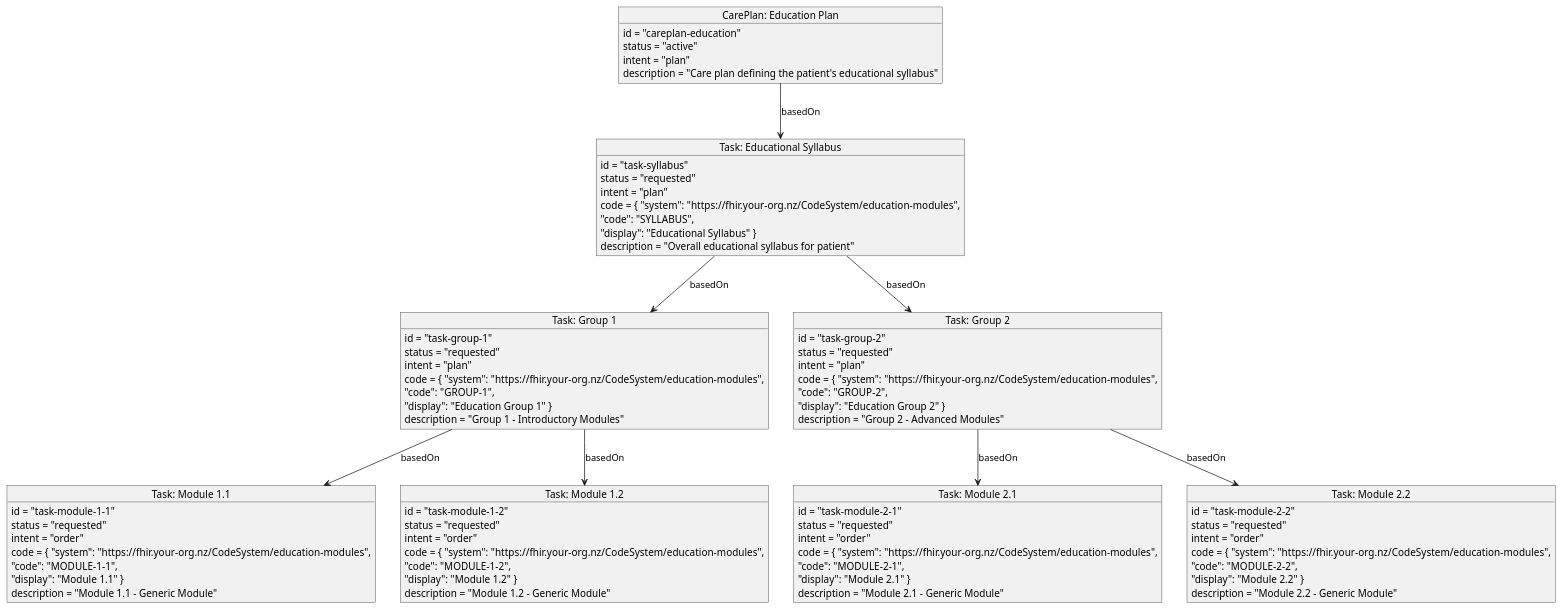
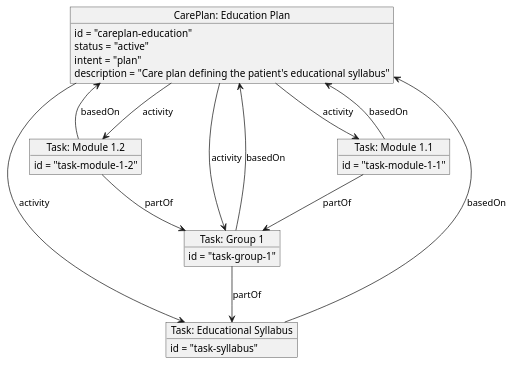
Before and after one commit to tewhatuora/cinc-fhir-ig: the diagram in input/images-source/rpm-task-relations.plantuml, drawn with PlantUML. The commit also changed 18 other files, not shown here.

Commit message:
Codes, Example, diagrams

```diff
--- a/input/images-source/rpm-task-relations.plantuml
+++ b/input/images-source/rpm-task-relations.plantuml
@@ -1,97 +1,49 @@
 @startuml
+' Top-down layout
+top to bottom direction
 
 ' Define the CarePlan
 object "CarePlan: Education Plan" as CarePlan {
   id = "careplan-education"
   status = "active"
   intent = "plan"
   description = "Care plan defining the patient's educational syllabus"
 }
 
 ' Central syllabus task
 object "Task: Educational Syllabus" as Syllabus {
   id = "task-syllabus"
-  status = "requested"
-  intent = "plan"
-  code = { "system": "https://fhir.your-org.nz/CodeSystem/education-modules",
-           "code": "SYLLABUS",
-           "display": "Educational Syllabus" }
-  description = "Overall educational syllabus for patient"
 }
 
-' Group tasks
+' Single group task
 object "Task: Group 1" as Group1 {
   id = "task-group-1"
-  status = "requested"
-  intent = "plan"
-  code = { "system": "https://fhir.your-org.nz/CodeSystem/education-modules",
-           "code": "GROUP-1",
-           "display": "Education Group 1" }
-  description = "Group 1 - Introductory Modules"
 }
 
-object "Task: Group 2" as Group2 {
-  id = "task-group-2"
-  status = "requested"
-  intent = "plan"
-  code = { "system": "https://fhir.your-org.nz/CodeSystem/education-modules",
-           "code": "GROUP-2",
-           "display": "Education Group 2" }
-  description = "Group 2 - Advanced Modules"
-}
-
-' Module tasks under Group 1
+' Modules under Group 1
 object "Task: Module 1.1" as Module11 {
   id = "task-module-1-1"
-  status = "requested"
-  intent = "order"
-  code = { "system": "https://fhir.your-org.nz/CodeSystem/education-modules",
-           "code": "MODULE-1-1",
-           "display": "Module 1.1" }
-  description = "Module 1.1 - Generic Module"
 }
 
 object "Task: Module 1.2" as Module12 {
   id = "task-module-1-2"
-  status = "requested"
-  intent = "order"
-  code = { "system": "https://fhir.your-org.nz/CodeSystem/education-modules",
-           "code": "MODULE-1-2",
-           "display": "Module 1.2" }
-  description = "Module 1.2 - Generic Module"
 }
 
-' Module tasks under Group 2
-object "Task: Module 2.1" as Module21 {
-  id = "task-module-2-1"
-  status = "requested"
-  intent = "order"
-  code = { "system": "https://fhir.your-org.nz/CodeSystem/education-modules",
-           "code": "MODULE-2-1",
-           "display": "Module 2.1" }
-  description = "Module 2.1 - Generic Module"
-}
+' CarePlan.activity pointers to all tasks
+CarePlan --> Syllabus : "activity"
+CarePlan --> Group1 : "activity"
+CarePlan --> Module11 : "activity"
+CarePlan --> Module12 : "activity"
 
-object "Task: Module 2.2" as Module22 {
-  id = "task-module-2-2"
-  status = "requested"
-  intent = "order"
-  code = { "system": "https://fhir.your-org.nz/CodeSystem/education-modules",
-           "code": "MODULE-2-2",
-           "display": "Module 2.2" }
-  description = "Module 2.2 - Generic Module"
-}
+' All tasks basedOn the CarePlan
+Syllabus --> CarePlan : "basedOn"
+Group1 --> CarePlan : "basedOn"
+Module11 --> CarePlan : "basedOn"
+Module12 --> CarePlan : "basedOn"
 
-' Relationships (FHIR basedOn chain)
-CarePlan --> Syllabus : "basedOn"
-
-Syllabus --> Group1 : "basedOn"
-Syllabus --> Group2 : "basedOn"
-
-Group1 --> Module11 : "basedOn"
-Group1 --> Module12 : "basedOn"
-
-Group2 --> Module21 : "basedOn"
-Group2 --> Module22 : "basedOn"
+' Hierarchy expressed via partOf
+Group1 --> Syllabus : "partOf"
+Module11 --> Group1 : "partOf"
+Module12 --> Group1 : "partOf"
 
 @enduml
```
